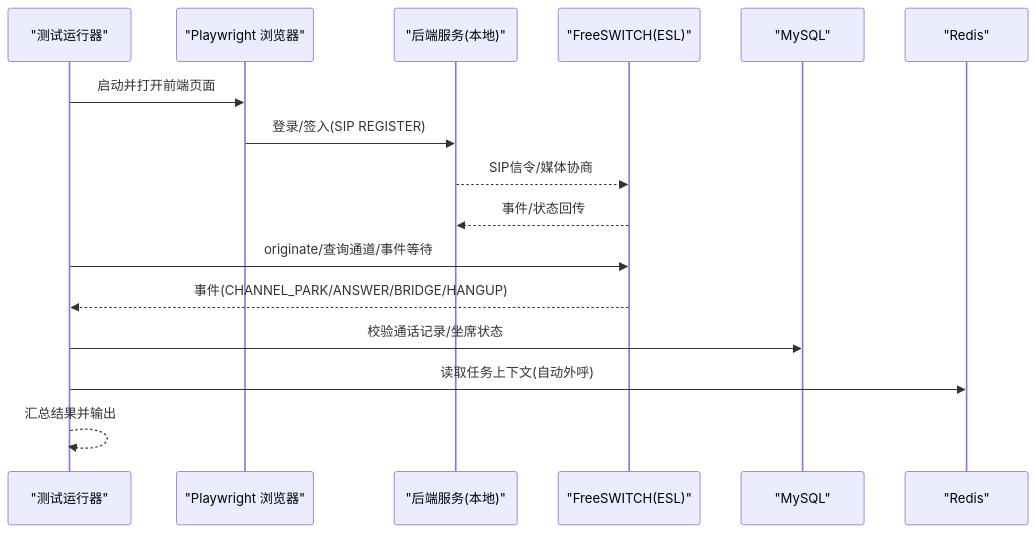
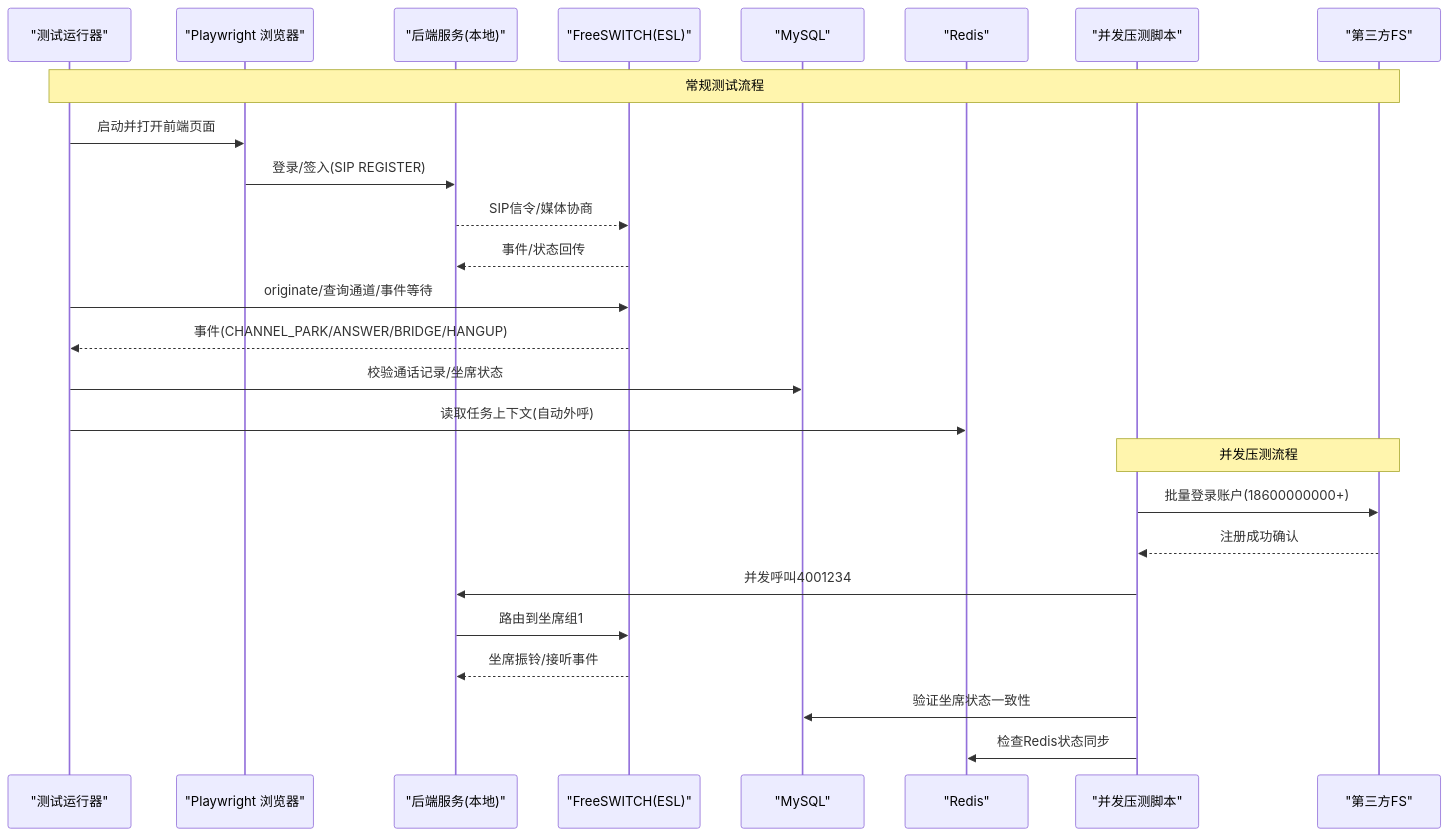
Before and after one commit to D2Moqi/open-ipcc: the second of 9 diagrams in .qoder/repowiki/zh/content/测试与调试/测试与调试.md, drawn with Mermaid. The commit also changed other lines of this file and 577 other files, not shown here.

````diff
--- a/.qoder/repowiki/zh/content/测试与调试/测试与调试.md
+++ b/.qoder/repowiki/zh/content/测试与调试/测试与调试.md
@@ -102,18 +119,28 @@
 ```mermaid
 sequenceDiagram
 participant Runner as "测试运行器"
 participant Browser as "Playwright 浏览器"
 participant Backend as "后端服务(本地)"
 participant FS as "FreeSWITCH(ESL)"
 participant DB as "MySQL"
 participant Cache as "Redis"
+participant Concurrent as "并发压测脚本"
+participant ThirdPartyFS as "第三方FS"
+Note over Runner,ThirdPartyFS : 常规测试流程
 Runner->>Browser : 启动并打开前端页面
 Browser->>Backend : 登录/签入(SIP REGISTER)
 Backend-->>FS : SIP信令/媒体协商
 FS-->>Backend : 事件/状态回传
 Runner->>FS : originate/查询通道/事件等待
 FS-->>Runner : 事件(CHANNEL_PARK/ANSWER/BRIDGE/HANGUP)
 Runner->>DB : 校验通话记录/坐席状态
 Runner->>Cache : 读取任务上下文(自动外呼)
-Runner-->>Runner : 汇总结果并输出
+Note over Concurrent,ThirdPartyFS : 并发压测流程
+Concurrent->>ThirdPartyFS : 批量登录账户(18600000000+)
+ThirdPartyFS-->>Concurrent : 注册成功确认
+Concurrent->>Backend : 并发呼叫4001234
+Backend->>FS : 路由到坐席组1
+FS-->>Backend : 坐席振铃/接听事件
+Concurrent->>DB : 验证坐席状态一致性
+Concurrent->>Cache : 检查Redis状态同步
 ```
````
